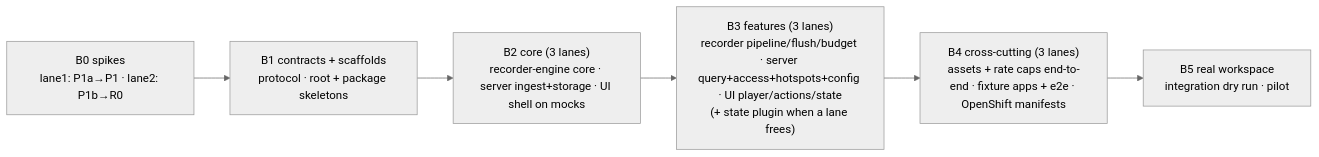
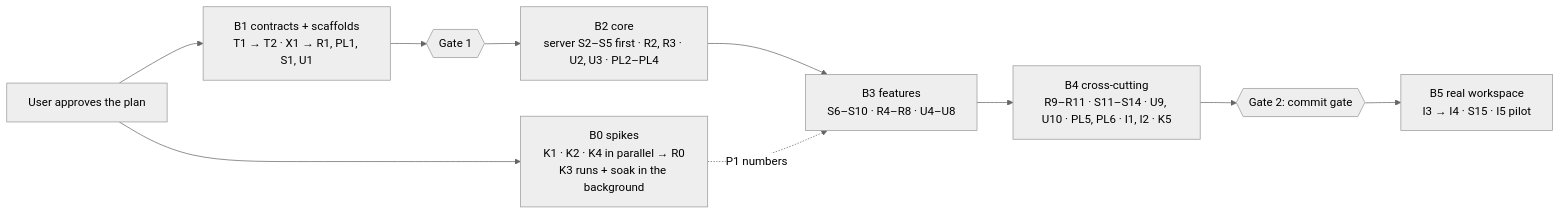
One commit to akhilshastri/session-replay changed the second of 2 diagrams in plan/01-session-replay.md. Above: the diagram before and after it, drawn with Mermaid (neutral theme). The commit also changed other lines of this file and 9 other files, not shown here.

Commit message:
0008: architect + devil review merged - gate-only rate caps, stored-gzip chunks, raw client time, write key, two ports, ConfigMap admin, dependency scheduling; sub-plans revised

````diff
--- a/plan/01-session-replay.md
+++ b/plan/01-session-replay.md
@@ -367,8 +399,12 @@
 ```mermaid
 flowchart LR
-  B0["B0 spikes<br/>lane1: P1a→P1 · lane2: P1b→R0"] --> B1["B1 contracts + scaffolds<br/>protocol · root + package skeletons"]
-  B1 --> B2["B2 core (3 lanes)<br/>recorder-engine core · server ingest+storage · UI shell on mocks"]
-  B2 --> B3["B3 features (3 lanes)<br/>recorder pipeline/flush/budget · server query+access+hotspots+config · UI player/actions/state<br/>(+ state plugin when a lane frees)"]
-  B3 --> B4["B4 cross-cutting (3 lanes)<br/>assets + rate caps end-to-end · fixture apps + e2e · OpenShift manifests"]
-  B4 --> B5["B5 real workspace<br/>integration dry run · pilot"]
+  A[User approves the plan] --> B0["B0 spikes<br/>K1 · K2 · K4 in parallel → R0<br/>K3 runs + soak in the background"]
+  A --> B1["B1 contracts + scaffolds<br/>T1 → T2 · X1 → R1, PL1, S1, U1"]
+  B1 --> G1{{Gate 1}}
+  G1 --> B2["B2 core<br/>server S2–S5 first · R2, R3 · U2, U3 · PL2–PL4"]
+  B2 --> B3["B3 features<br/>S6–S10 · R4–R8 · U4–U8"]
+  B0 -. P1 numbers .-> B3
+  B3 --> B4["B4 cross-cutting<br/>R9–R11 · S11–S14 · U9, U10 · PL5, PL6 · I1, I2 · K5"]
+  B4 --> G2{{Gate 2: commit gate}}
+  G2 --> B5["B5 real workspace<br/>I3 → I4 · S15 · I5 pilot"]
 ```
````
